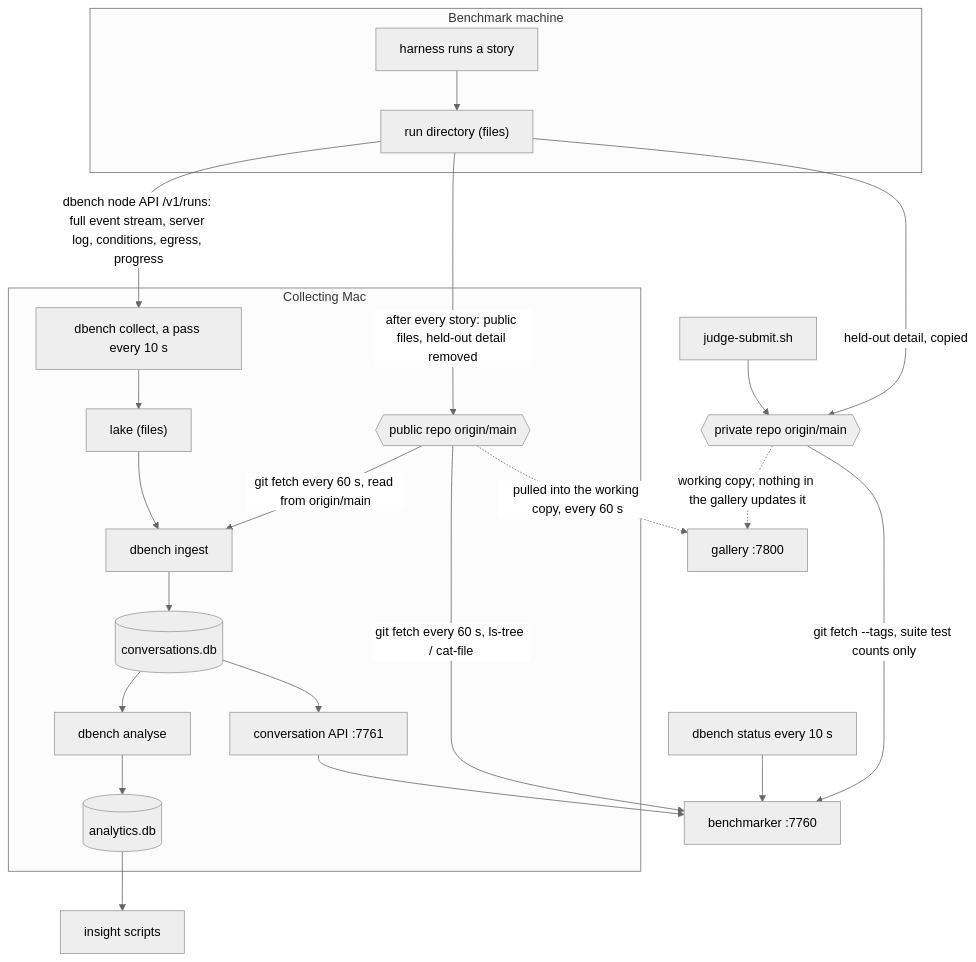
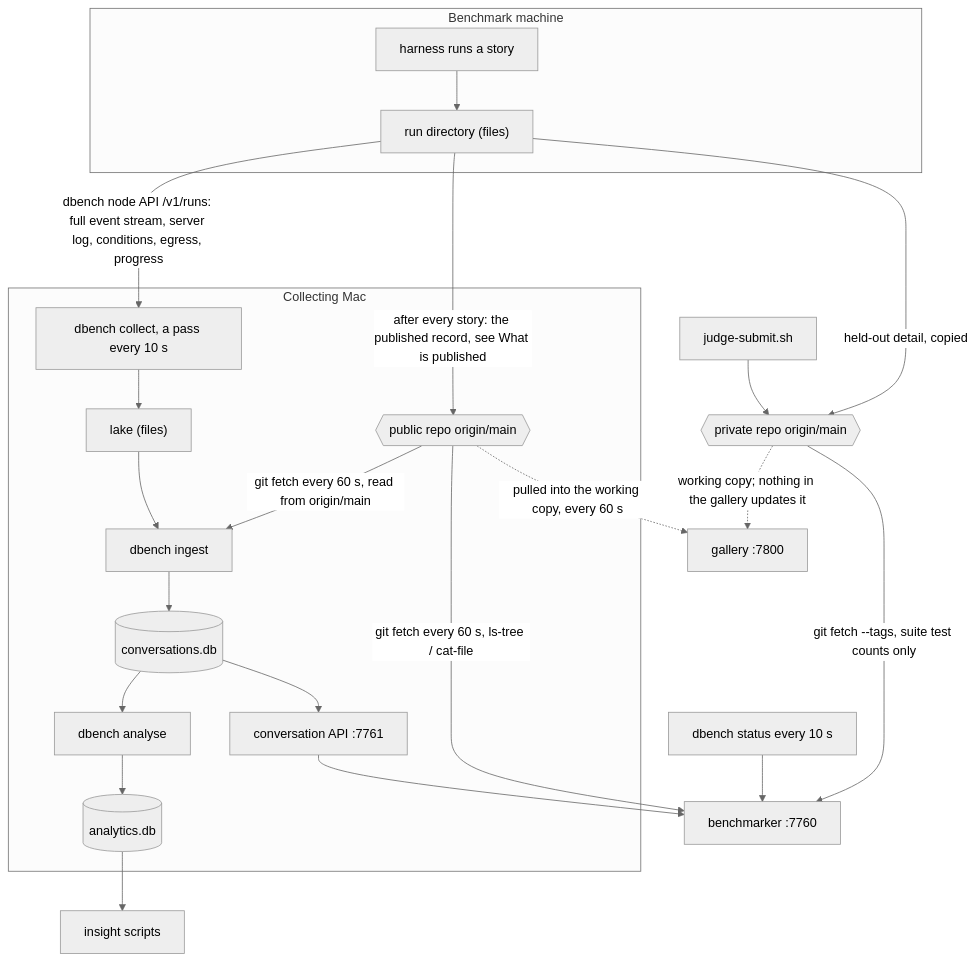
Before and after one commit to boxabirds/awesome-local-ai: the first of 9 diagrams in docs/dataflow.md, drawn with Mermaid (neutral theme). The commit also changed other lines of this file, not shown here.

Commit message:
docs: dataflow.md says what is published: a per-file table and the sorting rule, in place of the label 'public files'

````diff
--- a/docs/dataflow.md
+++ b/docs/dataflow.md
@@ -25,28 +25,28 @@
 ```mermaid
 flowchart TD
   subgraph node["Benchmark machine"]
     H[harness runs a story] --> RD["run directory (files)"]
   end
-  RD -- "after every story: public files, held-out detail removed" --> PUB{{public repo origin/main}}
+  RD -- "after every story: the published record, see What is published" --> PUB{{public repo origin/main}}
   RD -- "held-out detail, copied" --> PRIV{{private repo origin/main}}
   JS[judge-submit.sh] --> PRIV
   RD -- "dbench node API /v1/runs: full event stream, server log, conditions, egress, progress" --> COL
 
   subgraph mac["Collecting Mac"]
     COL[dbench collect, a pass every 10 s] --> LAKE["lake (files)"]
     PUB -- "git fetch every 60 s, read from origin/main" --> ING
     LAKE --> ING[dbench ingest]
     ING --> WH[(conversations.db)]
     WH --> AN[dbench analyse]
     AN --> ADB[(analytics.db)]
     WH --> API["conversation API :7761"]
   end
 
   PUB -- "git fetch every 60 s, ls-tree / cat-file" --> BM[benchmarker :7760]
   PRIV -- "git fetch --tags, suite test counts only" --> BM
   API --> BM
   DB[dbench status every 10 s] --> BM
   PUB -. "pulled into the working copy, every 60 s" .-> GAL[gallery :7800]
   PRIV -. "working copy; nothing in the gallery updates it" .-> GAL
   ADB --> INS[insight scripts]
 ```
````
